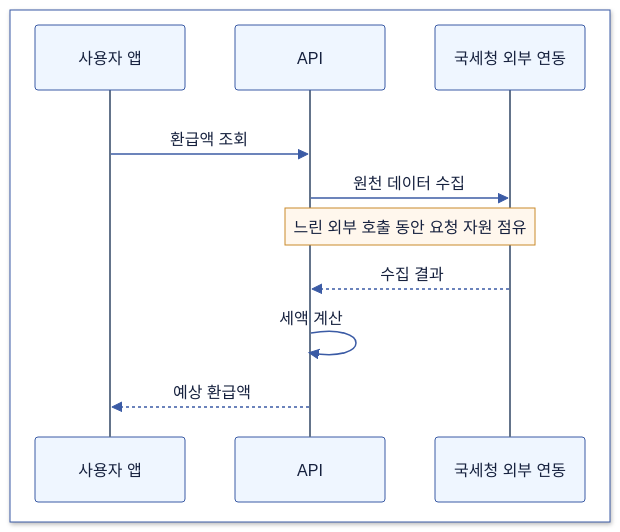
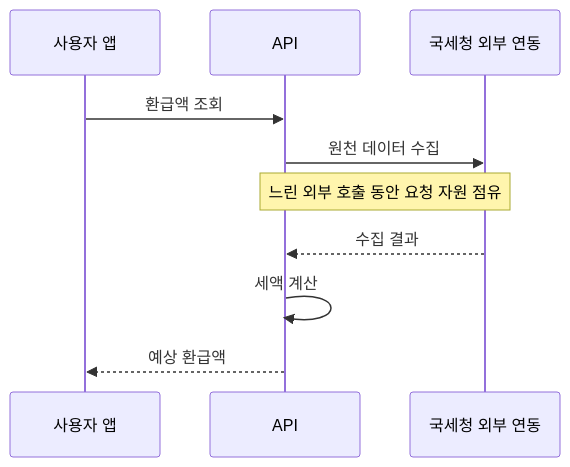
Before and after one commit to Hyune-s-lab/my-ai-study: the first of 4 diagrams in system-design/2606-종소세-환급-설계.md, drawn with Mermaid. The commit also changed other lines of this file and 49 other files, not shown here.

Commit message:
docs: 단순 다이어그램은 Mermaid로, 복잡한 배치는 SVG로 정리

````diff
--- a/system-design/2606-종소세-환급-설계.md
+++ b/system-design/2606-종소세-환급-설계.md
@@ -36,17 +36,12 @@
 ```mermaid
 sequenceDiagram
-%%{init: {"theme": "base", "darkMode": false, "themeVariables": {"background": "#ffffff", "primaryColor": "#EFF6FF", "primaryTextColor": "#16213E", "primaryBorderColor": "#3B5BA5", "secondaryColor": "#F0FDF4", "tertiaryColor": "#FAF5FF", "lineColor": "#3B5BA5", "textColor": "#16213E", "edgeLabelBackground": "#ffffff", "actorBkg": "#EFF6FF", "actorBorder": "#3B5BA5", "actorTextColor": "#16213E", "signalColor": "#3B5BA5", "signalTextColor": "#16213E", "noteBkgColor": "#FFF7ED", "noteBorderColor": "#C98A2B", "noteTextColor": "#16213E", "labelBoxBkgColor": "#EFF6FF", "labelTextColor": "#16213E", "loopTextColor": "#16213E", "actorLineColor": "#64748B", "labelBoxBorderColor": "#3B5BA5"}}}%%
-  box rgb(255, 255, 255)
-    participant U as 사용자 앱
-    participant A as API
-    participant N as 국세청 외부 연동
-  end
-  rect rgb(255, 255, 255)
-    U->>A: 환급액 조회
-    A->>N: 원천 데이터 수집
-    Note over A,N: 느린 외부 호출 동안 요청 자원 점유
-    N-->>A: 수집 결과
-    A->>A: 세액 계산
-    A-->>U: 예상 환급액
-  end
+  participant U as 사용자 앱
+  participant A as API
+  participant N as 국세청 외부 연동
+  U->>A: 환급액 조회
+  A->>N: 원천 데이터 수집
+  Note over A,N: 느린 외부 호출 동안 요청 자원 점유
+  N-->>A: 수집 결과
+  A->>A: 세액 계산
+  A-->>U: 예상 환급액
 ```
````
